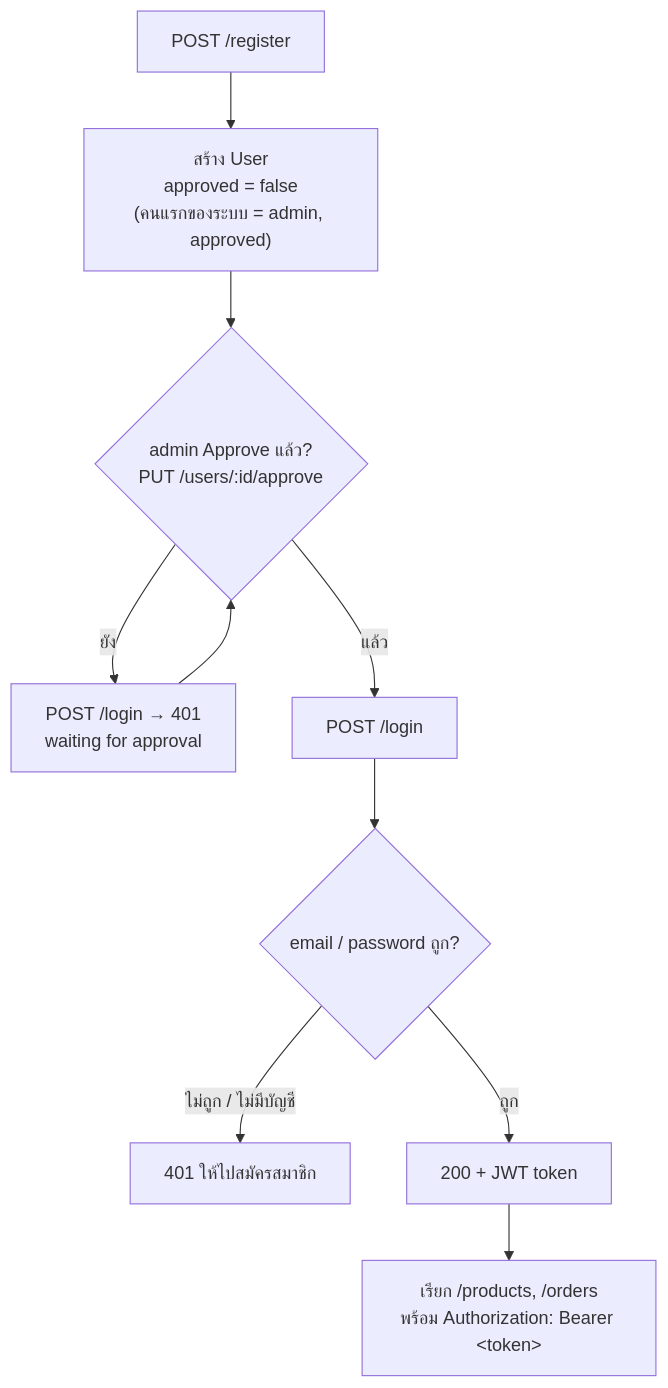
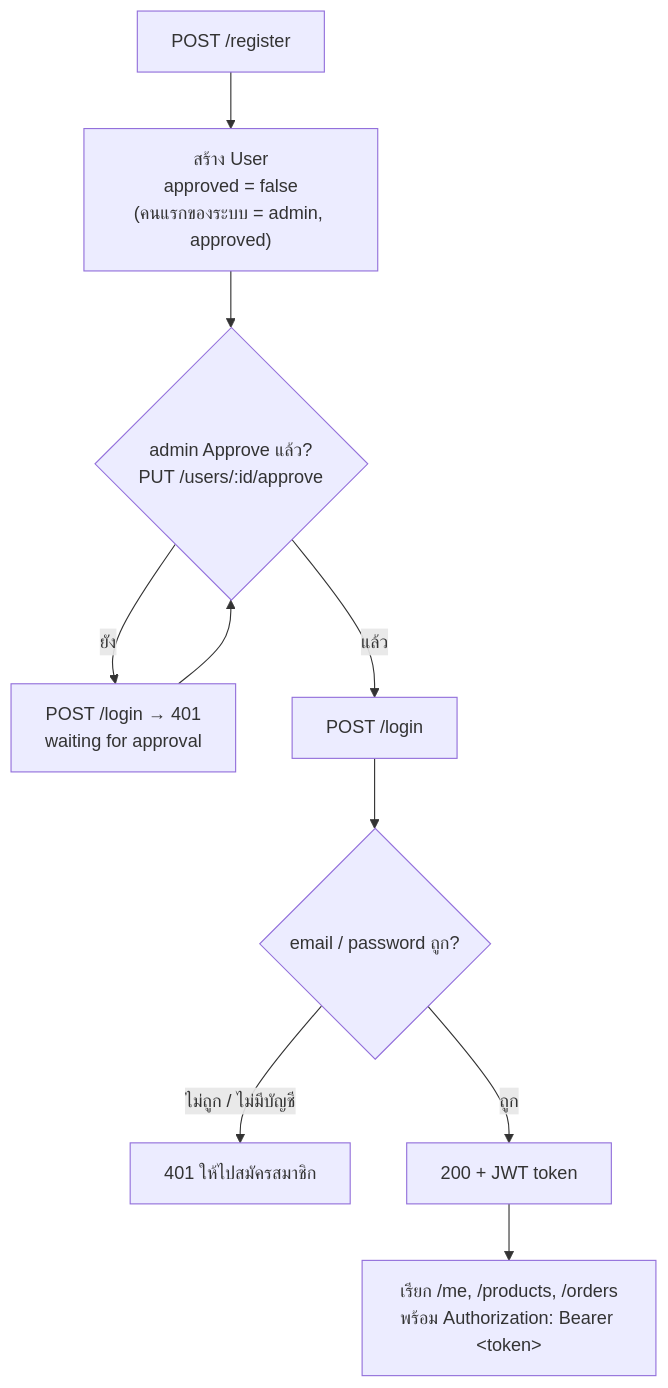
Before and after one commit to AT3rN4t1ve/Workshop: the first of 4 diagrams in README.md, drawn with Mermaid. The commit also changed other lines of this file and 2 other files, not shown here.

````diff
--- a/README.md
+++ b/README.md
@@ -50,12 +74,12 @@
 ```mermaid
 flowchart TD
     A["POST /register"] --> B["สร้าง User<br/>approved = false<br/>(คนแรกของระบบ = admin, approved)"]
     B --> C{"admin Approve แล้ว?<br/>PUT /users/:id/approve"}
     C -- ยัง --> D["POST /login → 401<br/>waiting for approval"]
     D --> C
     C -- แล้ว --> E["POST /login"]
     E --> F{"email / password ถูก?"}
     F -- ไม่ถูก / ไม่มีบัญชี --> G["401 ให้ไปสมัครสมาชิก"]
     F -- ถูก --> H["200 + JWT token"]
-    H --> I["เรียก /products, /orders<br/>พร้อม Authorization: Bearer &lt;token&gt;"]
+    H --> I["เรียก /me, /products, /orders<br/>พร้อม Authorization: Bearer &lt;token&gt;"]
 ```
````
